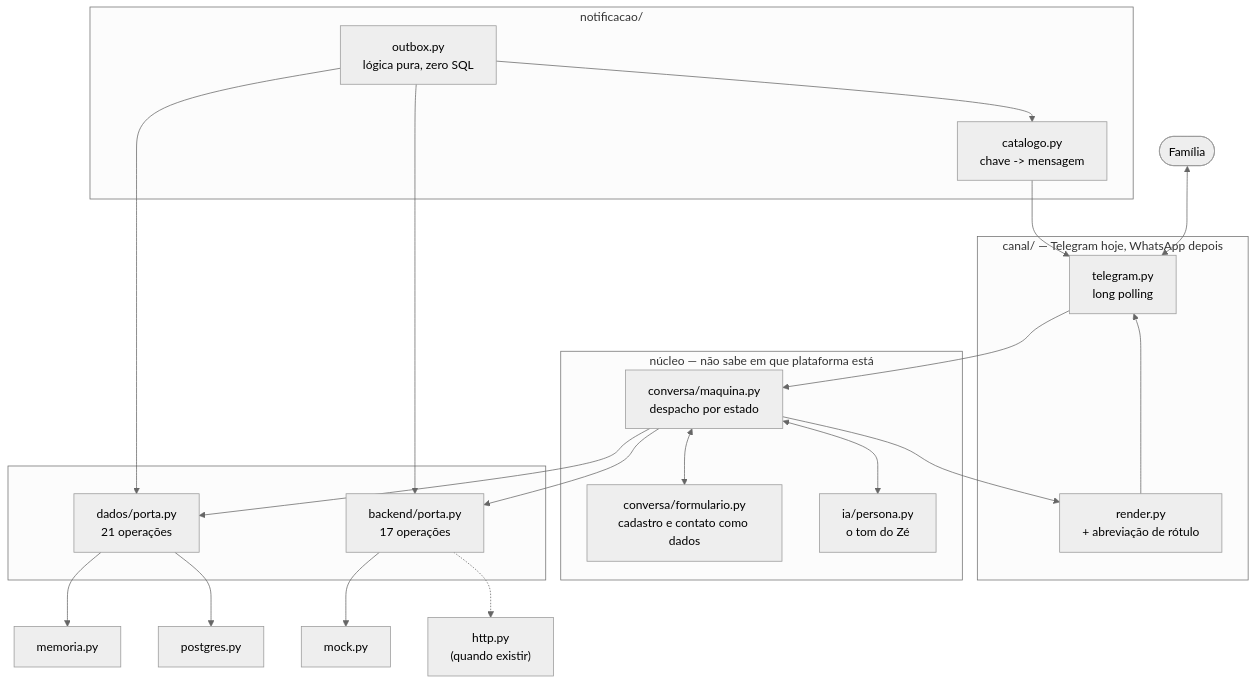
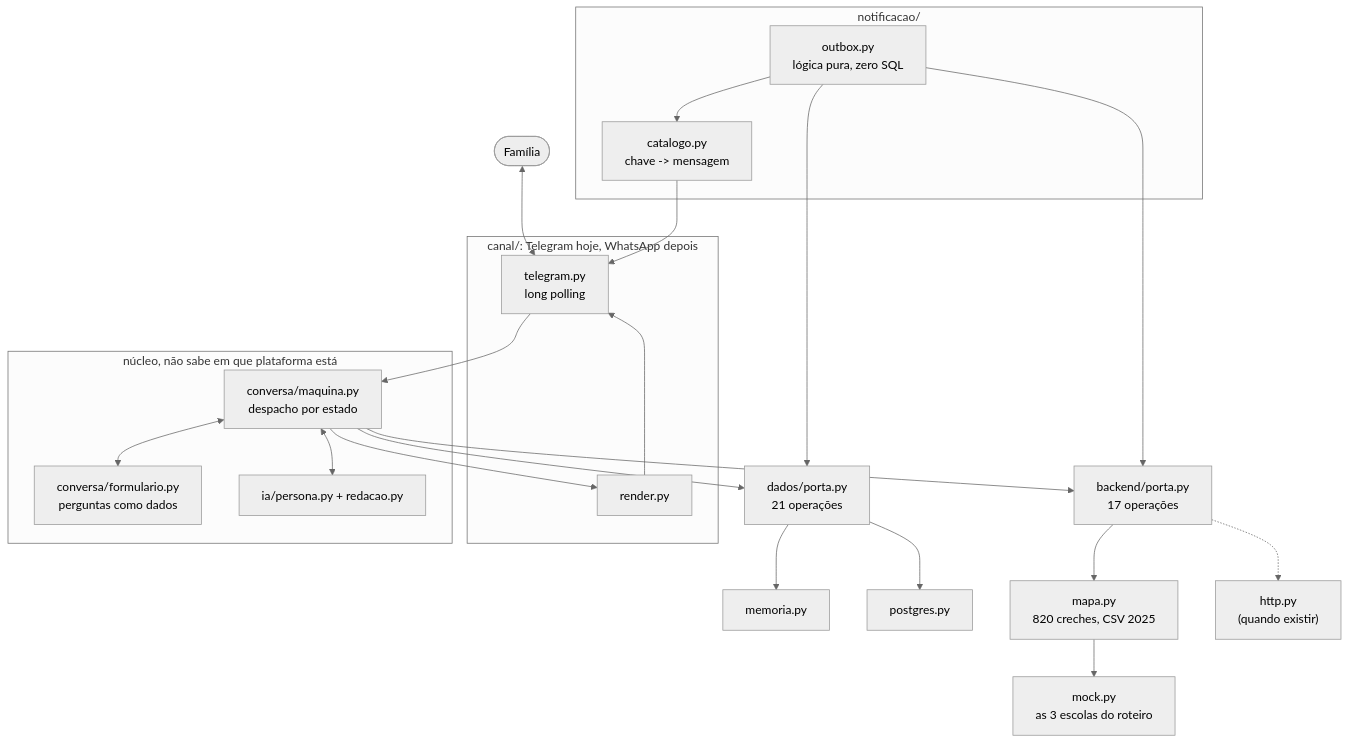
One commit to GuilhermeRozenblat/Hackathon-claude changed the diagram in docs/ARQUITETURA.md. Above: the diagram before and after it, drawn with Mermaid (neutral theme). The commit also changed other lines of this file and 98 other files, not shown here.

````diff
--- a/docs/ARQUITETURA.md
+++ b/docs/ARQUITETURA.md
@@ -139,44 +55,39 @@
 ```mermaid
 flowchart TB
     U([Família])
 
-    subgraph CANAL["canal/ — Telegram hoje, WhatsApp depois"]
+    subgraph CANAL["canal/: Telegram hoje, WhatsApp depois"]
         TG["telegram.py<br/>long polling"]
-        RD["render.py<br/>+ abreviação de rótulo"]
+        RD["render.py"]
     end
 
-    subgraph NUCLEO["núcleo — não sabe em que plataforma está"]
+    subgraph NUCLEO["núcleo, não sabe em que plataforma está"]
         MAQ["conversa/maquina.py<br/>despacho por estado"]
-        FORM["conversa/formulario.py<br/>cadastro e contato como dados"]
-        PERS["ia/persona.py<br/>o tom do Zé"]
+        FORM["conversa/formulario.py<br/>perguntas como dados"]
+        PERS["ia/persona.py + redacao.py"]
     end
 
-    subgraph PORTAS[" "]
-        PD["dados/porta.py<br/>21 operações"]
-        PB["backend/porta.py<br/>17 operações"]
-    end
+    PD["dados/porta.py<br/>21 operações"]
+    PB["backend/porta.py<br/>17 operações"]
 
     MEM["memoria.py"]
     SQL["postgres.py"]
-    MOCK["mock.py"]
+    MAPA["mapa.py<br/>820 creches, CSV 2025"]
+    MOCK["mock.py<br/>as 3 escolas do roteiro"]
     HTTP["http.py<br/>(quando existir)"]
 
     subgraph NOT["notificacao/"]
         OBX["outbox.py<br/>lógica pura, zero SQL"]
         CAT["catalogo.py<br/>chave -> mensagem"]
     end
 
-    U <--> TG --> MAQ
-    MAQ --> RD --> TG
+    U <--> TG --> MAQ --> RD --> TG
     MAQ <--> FORM
     MAQ <--> PERS
-    MAQ --> PD
-    MAQ --> PB
-    PD --> MEM
-    PD --> SQL
-    PB --> MOCK
+    MAQ --> PD & PB
+    PD --> MEM & SQL
+    PB --> MAPA --> MOCK
     PB -.-> HTTP
-    OBX --> PD
-    OBX --> PB
+    OBX --> PD & PB
     OBX --> CAT --> TG
 ```
````
